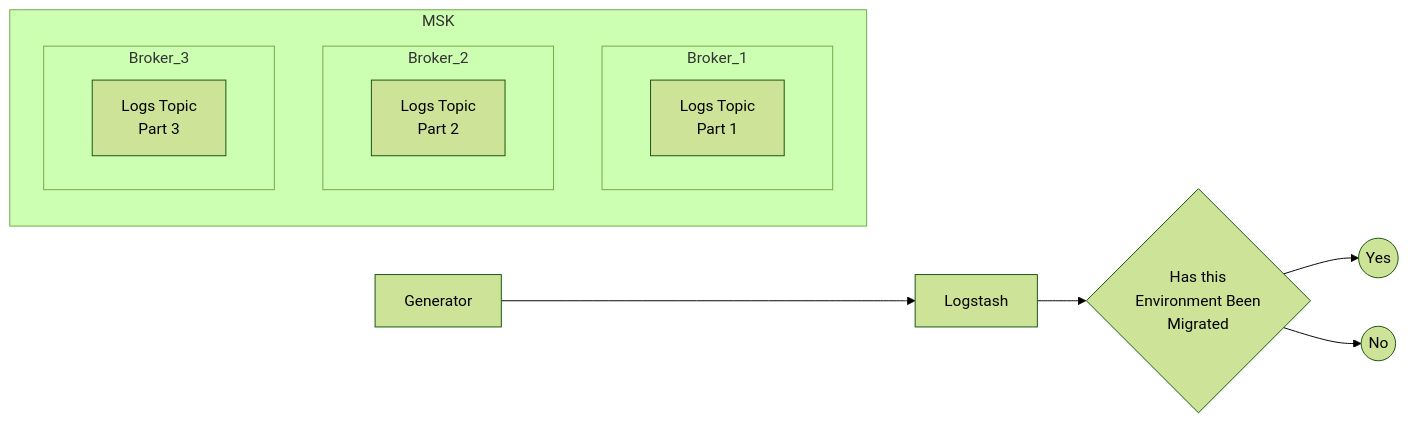
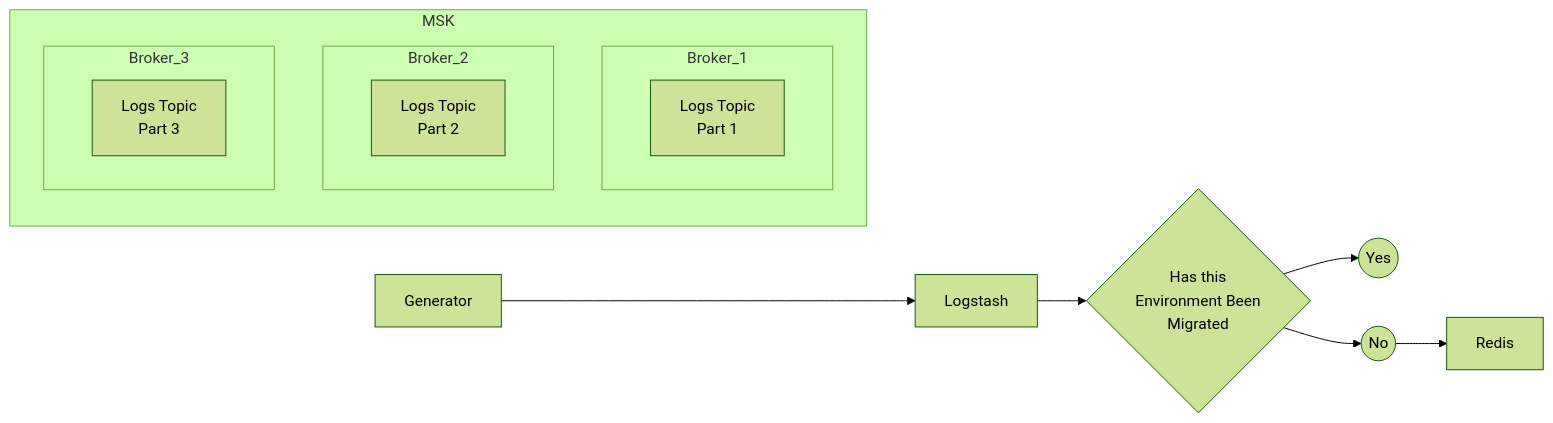
Before and after one commit to Saskia-MDTP/can-hedgehogs-fly: the second of 2 diagrams in README.md, drawn with Mermaid (forest theme).

````diff
--- a/README.md
+++ b/README.md
@@ -15,18 +15,19 @@
 ```mermaid
   graph LR;
       subgraph MSK
           subgraph Broker_1
               P1[Logs Topic<br/>Part 1];
            end
           subgraph Broker_2
               P2[Logs Topic<br/>Part 2];
            end
           subgraph Broker_3
               P3[Logs Topic<br/>Part 3];
            end
        end
    Generator-->Logstash;
    Logstash-->Q1{Has this<br/>Environment Been<br/>Migrated};
    Q1-->Y1((Yes));
    Q1-->N1((No));
+   N1-->Redis;
 ```
````
